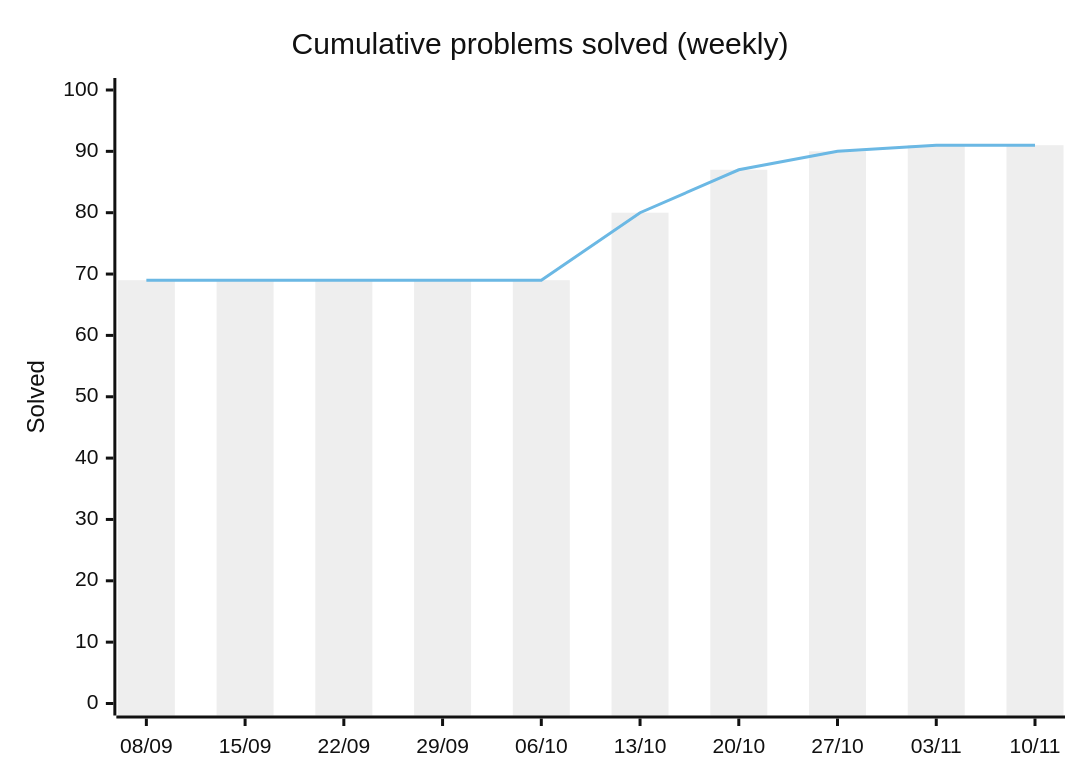
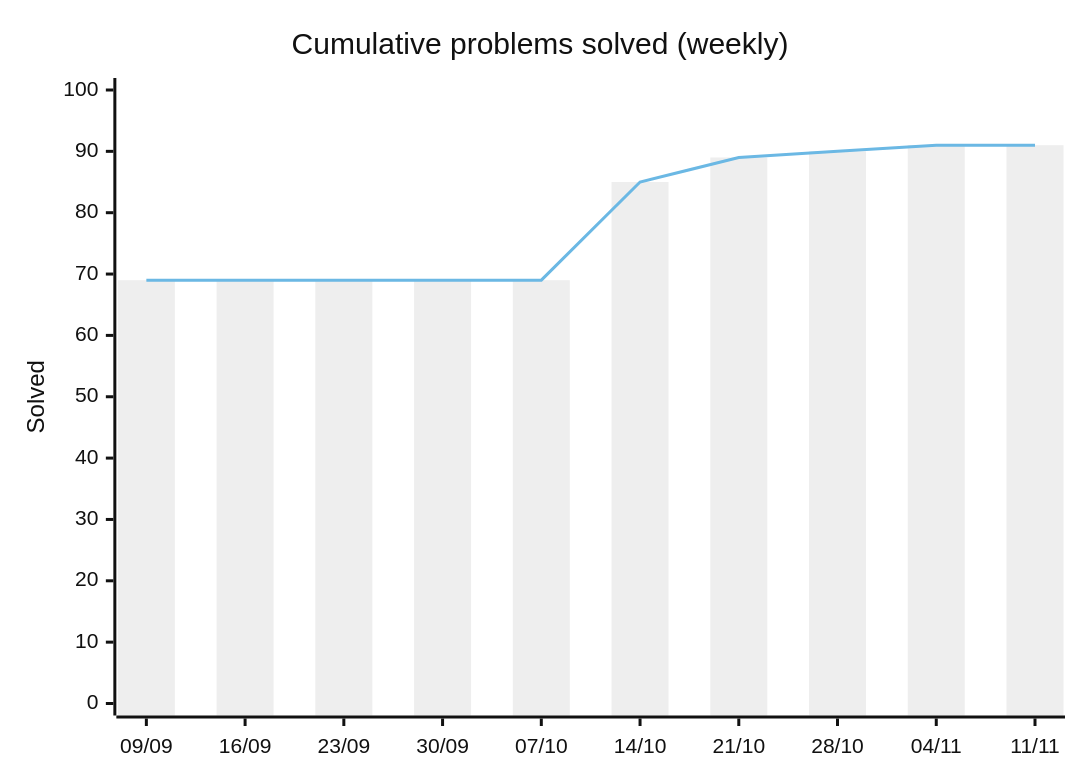
Before and after one commit to HarryTrn/TensorTonic-Solutions: the first of 2 diagrams in README.md, drawn with Mermaid (neutral theme). The commit also changed other lines of this file, not shown here.

Commit message:
docs: auto-update README [skip ci]

````diff
--- a/README.md
+++ b/README.md
@@ -65,8 +65,8 @@
 ```mermaid
 xychart-beta
     title "Cumulative problems solved (weekly)"
-    x-axis ["08/09", "15/09", "22/09", "29/09", "06/10", "13/10", "20/10", "27/10", "03/11", "10/11"]
+    x-axis ["09/09", "16/09", "23/09", "30/09", "07/10", "14/10", "21/10", "28/10", "04/11", "11/11"]
     y-axis "Solved" 0 --> 100
-    bar [69, 69, 69, 69, 69, 80, 87, 90, 91, 91]
-    line [69, 69, 69, 69, 69, 80, 87, 90, 91, 91]
+    bar [69, 69, 69, 69, 69, 85, 89, 90, 91, 91]
+    line [69, 69, 69, 69, 69, 85, 89, 90, 91, 91]
 ```
````
